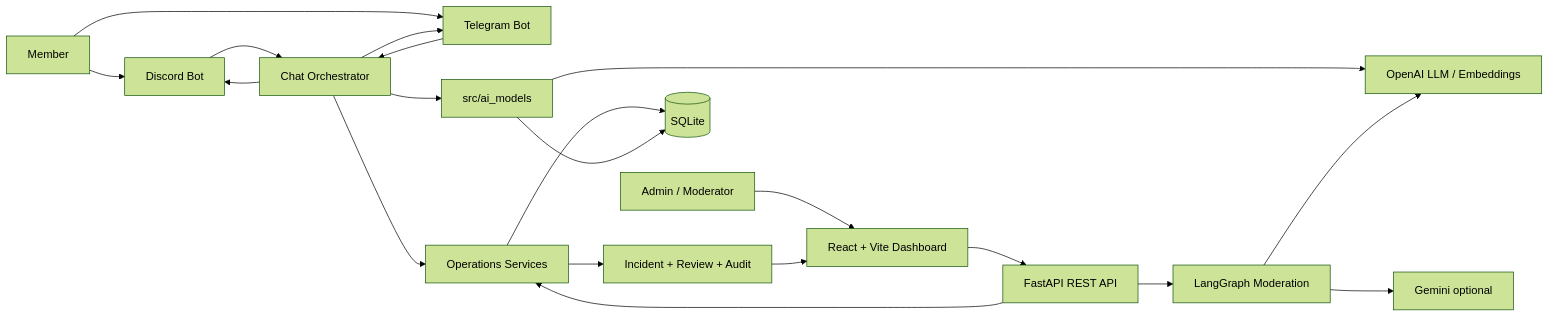
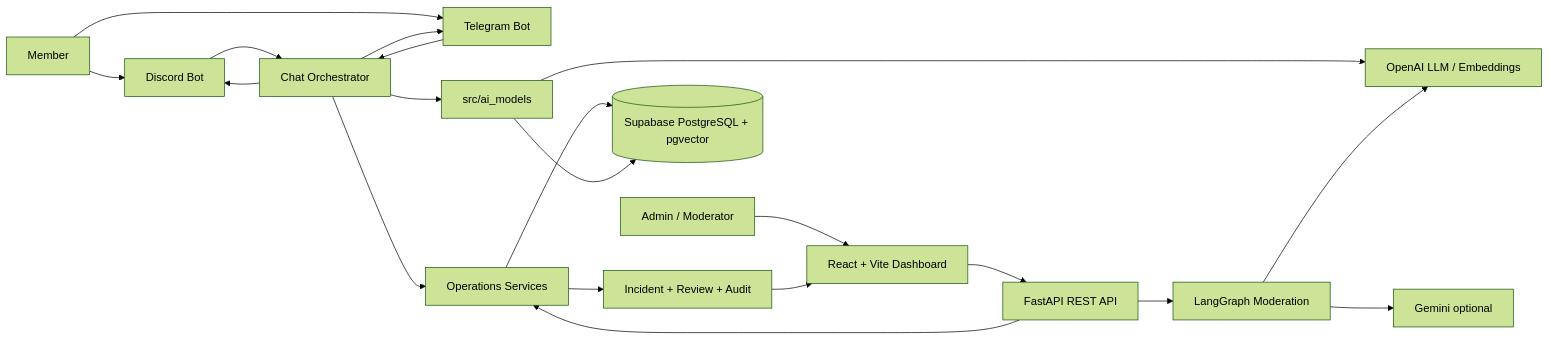
One commit to thanq204/ChatBot-THO changed the first of 4 diagrams in docs/architecture_diagram.md. Above: the diagram before and after it, drawn with Mermaid (forest theme). The commit also changed other lines of this file and 43 other files, not shown here.

Commit message:
feat: sync runtime flow and Supabase data docs

````diff
--- a/docs/architecture_diagram.md
+++ b/docs/architecture_diagram.md
@@ -7,22 +7,22 @@
 ```mermaid
 flowchart LR
     Member["Member"] --> Discord["Discord Bot"]
     Member --> Telegram["Telegram Bot"]
     Admin["Admin / Moderator"] --> UI["React + Vite Dashboard"]
     Discord --> Chat["Chat Orchestrator"]
     Telegram --> Chat
     UI --> API["FastAPI REST API"]
     API --> Ops["Operations Services"]
     API --> ModerationGraph["LangGraph Moderation"]
     Chat --> Ops
     Chat --> Models["src/ai_models"]
-    Ops --> SQLite[("SQLite")]
-    Models --> SQLite
+    Ops --> Supabase[("Supabase PostgreSQL + pgvector")]
+    Models --> Supabase
     Models --> OpenAI["OpenAI LLM / Embeddings"]
     ModerationGraph --> OpenAI
     ModerationGraph --> Gemini["Gemini optional"]
     Ops --> Incidents["Incident + Review + Audit"]
     Incidents --> UI
     Chat --> Discord
     Chat --> Telegram
 ```
````
